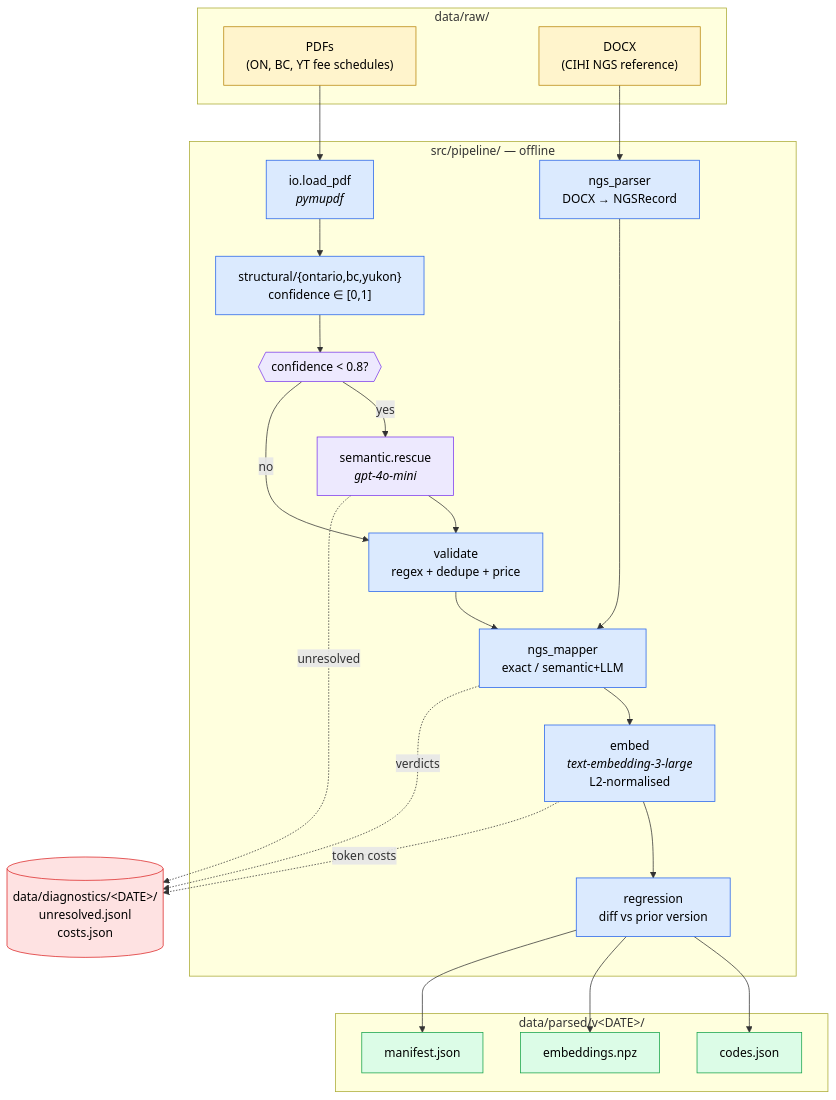
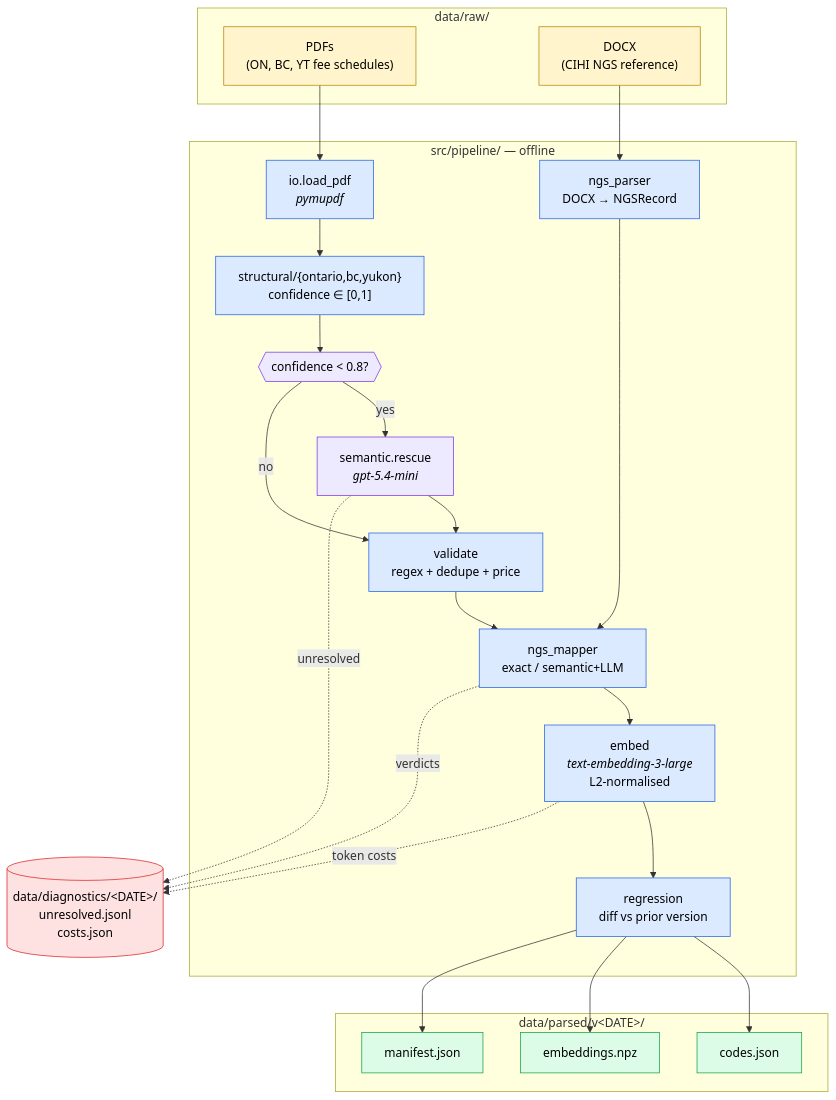
Before and after one commit to Sinagz/fsc-ngs-ai: the first of 3 diagrams in README.md, drawn with Mermaid. The commit also changed other lines of this file and 4 other files, not shown here.

First line of the commit message:
feat: upgrade chat model to gpt-5.4-mini (extraction + Phase 2 reranker)

````diff
--- a/README.md
+++ b/README.md
@@ -47,49 +47,49 @@
 ```mermaid
 flowchart TD
     subgraph raw["data/raw/"]
         PDFs["PDFs<br/>(ON, BC, YT fee schedules)"]
         DOCX["DOCX<br/>(CIHI NGS reference)"]
     end
 
     subgraph pipeline["src/pipeline/ — offline"]
         IO["io.load_pdf<br/><i>pymupdf</i>"]
         STRUCT["structural/{ontario,bc,yukon}<br/>confidence ∈ [0,1]"]
         RESCUE{{"confidence &lt; 0.8?"}}
-        LLM["semantic.rescue<br/><i>gpt-4o-mini</i>"]
+        LLM["semantic.rescue<br/><i>gpt-5.4-mini</i>"]
         VAL["validate<br/>regex + dedupe + price"]
         NGSP["ngs_parser<br/>DOCX → NGSRecord"]
         NGSM["ngs_mapper<br/>exact / semantic+LLM"]
         EMB["embed<br/><i>text-embedding-3-large</i><br/>L2-normalised"]
         REG["regression<br/>diff vs prior version"]
     end
 
     subgraph out["data/parsed/v&lt;DATE&gt;/"]
         CODES["codes.json"]
         NPZ["embeddings.npz"]
         MAN["manifest.json"]
     end
 
     DIAG[("data/diagnostics/&lt;DATE&gt;/<br/>unresolved.jsonl<br/>costs.json")]
 
     PDFs --> IO --> STRUCT --> RESCUE
     RESCUE -- yes --> LLM --> VAL
     RESCUE -- no --> VAL
     DOCX --> NGSP --> NGSM
     VAL --> NGSM --> EMB --> REG
     REG --> CODES & NPZ & MAN
     LLM -.->|unresolved| DIAG
     NGSM -.->|verdicts| DIAG
     EMB -.->|token costs| DIAG
 
     classDef raw fill:#fff4cc,stroke:#b8860b,color:#000
     classDef pipe fill:#dbeafe,stroke:#2563eb,color:#000
     classDef llm fill:#ede9fe,stroke:#7c3aed,color:#000
     classDef output fill:#dcfce7,stroke:#16a34a,color:#000
     classDef diag fill:#fee2e2,stroke:#dc2626,color:#000
 
     class PDFs,DOCX raw
     class IO,STRUCT,VAL,NGSP,NGSM,EMB,REG pipe
     class LLM,RESCUE llm
     class CODES,NPZ,MAN output
     class DIAG diag
 ```
````
